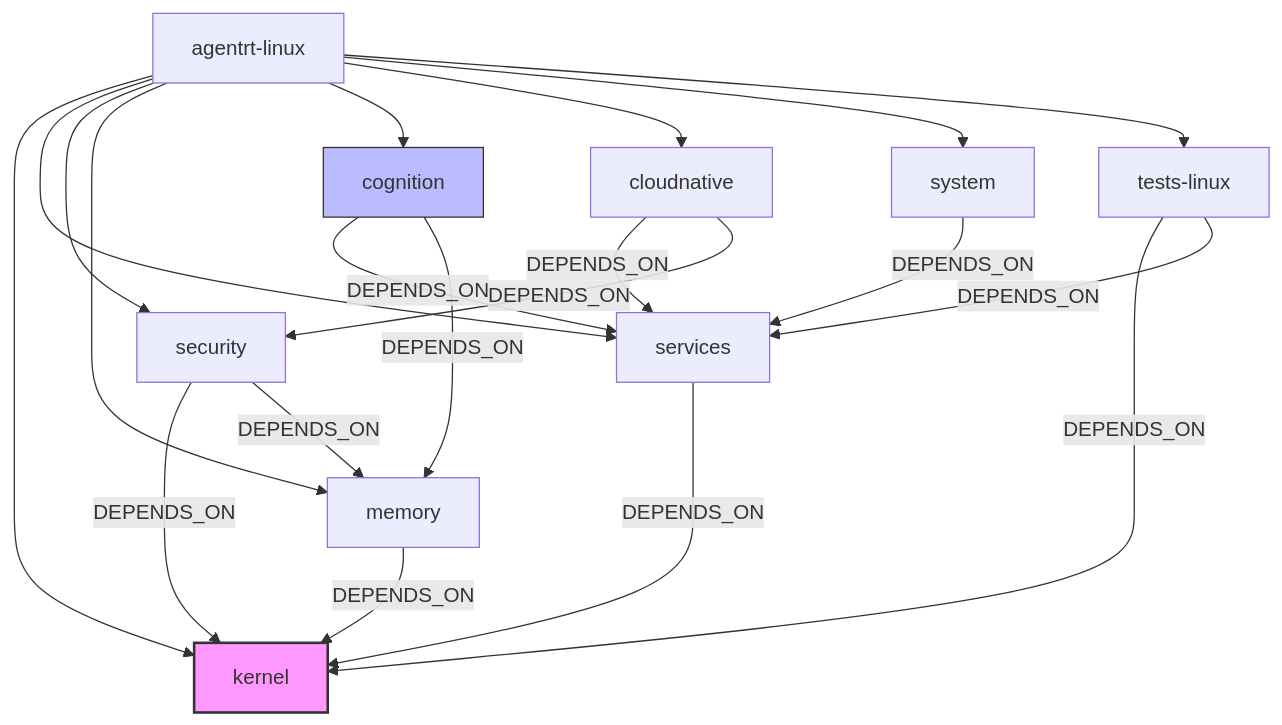
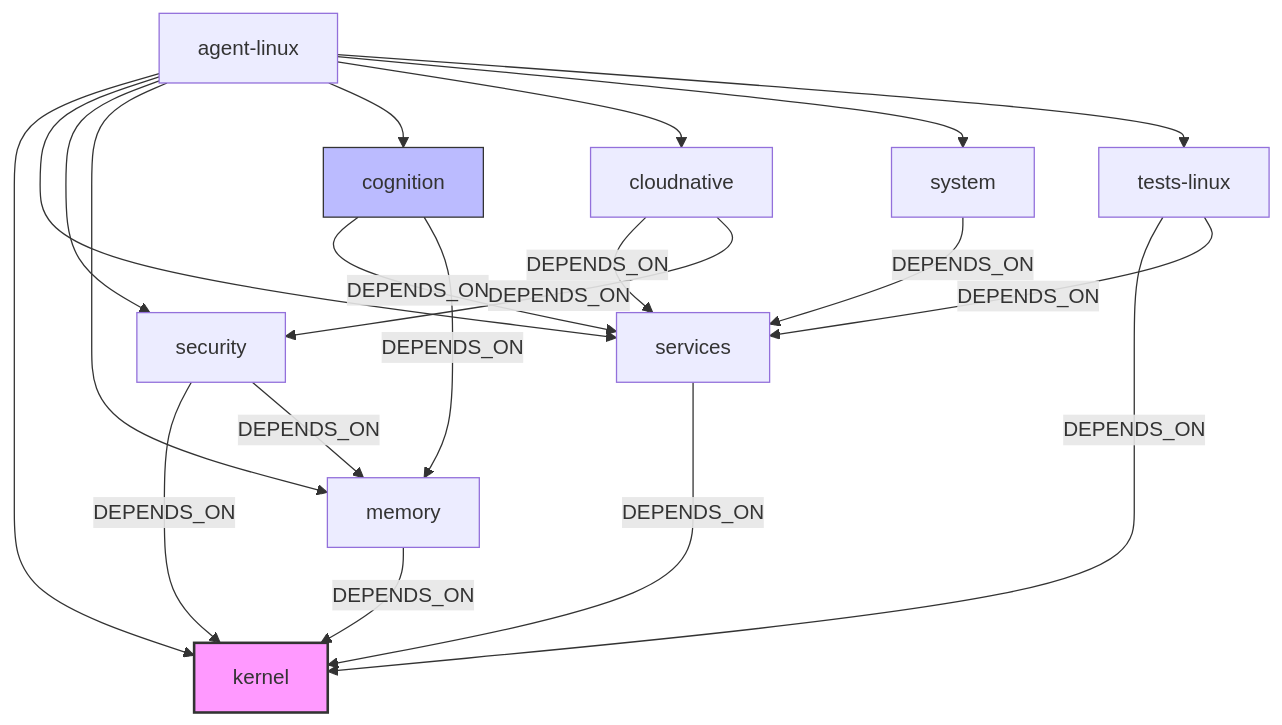
One commit to openairymax/docs-linux changed the first of 3 diagrams in 190-distribution/06-sbom-generation.md. Above: the diagram before and after it, drawn with Mermaid. The commit also changed other lines of this file and 172 other files, not shown here.

Commit message:
docs: rename agentrt-linux to agent-linux across docs v0.1.3 双工程结构：agentrt-linux 改名 agent-linux。docs 全仓 186 个 文件中的 agentrt-linux 引用统一为 agent-linux（AirymaxOS 工程名/ URL/路径引用；commit hash 与历史不变）。

````diff
--- a/190-distribution/06-sbom-generation.md
+++ b/190-distribution/06-sbom-generation.md
@@ -288,26 +288,26 @@
 ```mermaid
 graph TD
-    ROOT[agentrt-linux] --> KERNEL[kernel]
+    ROOT[agent-linux] --> KERNEL[kernel]
     ROOT --> SERVICES[services]
     ROOT --> SECURITY[security]
     ROOT --> MEMORY[memory]
     ROOT --> COGNITION[cognition]
     ROOT --> CLOUDNATIVE[cloudnative]
     ROOT --> SYSTEM[system]
     ROOT --> TESTS[tests-linux]
 
     SERVICES -->|DEPENDS_ON| KERNEL
     SECURITY -->|DEPENDS_ON| KERNEL
     MEMORY -->|DEPENDS_ON| KERNEL
     COGNITION -->|DEPENDS_ON| SERVICES
     COGNITION -->|DEPENDS_ON| MEMORY
     CLOUDNATIVE -->|DEPENDS_ON| SERVICES
     CLOUDNATIVE -->|DEPENDS_ON| SECURITY
     SYSTEM -->|DEPENDS_ON| SERVICES
     TESTS -->|DEPENDS_ON| KERNEL
     TESTS -->|DEPENDS_ON| SERVICES
     SECURITY -->|DEPENDS_ON| MEMORY
 
     style KERNEL fill:#f9f,stroke:#333,stroke-width:2px
     style COGNITION fill:#bbf,stroke:#333
 ```
````
